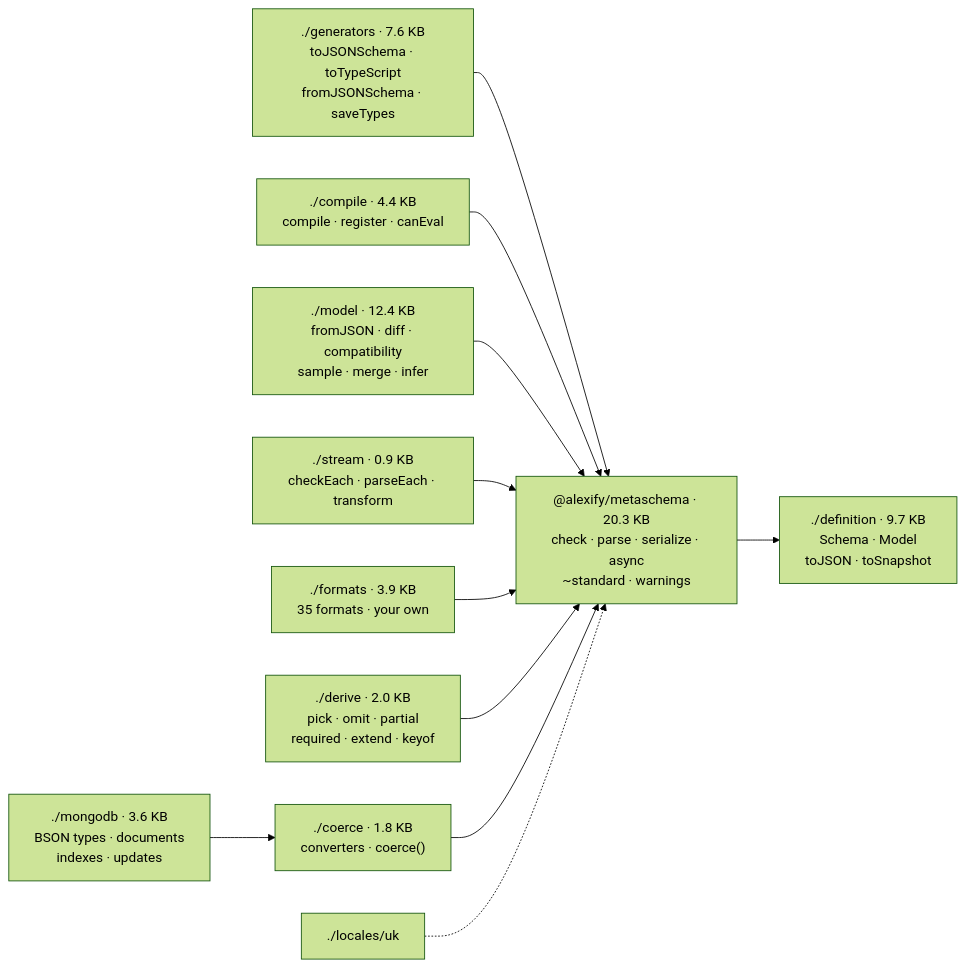
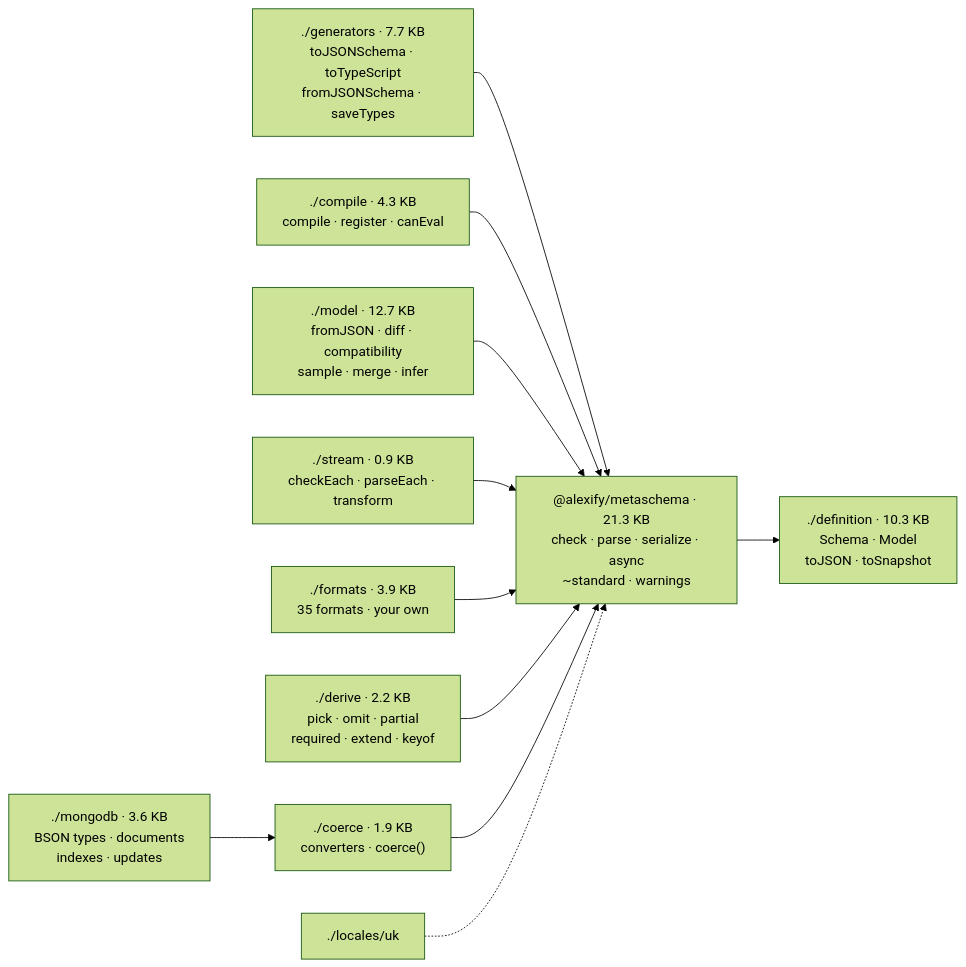
Before and after one commit to Alexis-Technologies/metaschema: the second of 10 diagrams in docs/guide/architecture.md, drawn with Mermaid (forest theme). The commit also changed 12 other files, not shown here.

````diff
--- a/docs/guide/architecture.md
+++ b/docs/guide/architecture.md
@@ -42,14 +42,14 @@
 ```mermaid
 flowchart LR
-    GEN["./generators · 7.6 KB<br/>toJSONSchema · toTypeScript<br/>fromJSONSchema · saveTypes"] --> CORE
-    COMP["./compile · 4.4 KB<br/>compile · register · canEval"] --> CORE
-    MOD["./model · 12.4 KB<br/>fromJSON · diff · compatibility<br/>sample · merge · infer"] --> CORE
+    GEN["./generators · 7.7 KB<br/>toJSONSchema · toTypeScript<br/>fromJSONSchema · saveTypes"] --> CORE
+    COMP["./compile · 4.3 KB<br/>compile · register · canEval"] --> CORE
+    MOD["./model · 12.7 KB<br/>fromJSON · diff · compatibility<br/>sample · merge · infer"] --> CORE
     STR["./stream · 0.9 KB<br/>checkEach · parseEach · transform"] --> CORE
     FMT["./formats · 3.9 KB<br/>35 formats · your own"] --> CORE
-    DER["./derive · 2.0 KB<br/>pick · omit · partial<br/>required · extend · keyof"] --> CORE
-    COE["./coerce · 1.8 KB<br/>converters · coerce()"] --> CORE
+    DER["./derive · 2.2 KB<br/>pick · omit · partial<br/>required · extend · keyof"] --> CORE
+    COE["./coerce · 1.9 KB<br/>converters · coerce()"] --> CORE
     MDB["./mongodb · 3.6 KB<br/>BSON types · documents<br/>indexes · updates"] --> COE
     LOC["./locales/uk"] -.-> CORE
-    CORE["@alexify/metaschema · 20.3 KB<br/>check · parse · serialize · async<br/>~standard · warnings"] --> DEFN
-    DEFN["./definition · 9.7 KB<br/>Schema · Model<br/>toJSON · toSnapshot"]
+    CORE["@alexify/metaschema · 21.3 KB<br/>check · parse · serialize · async<br/>~standard · warnings"] --> DEFN
+    DEFN["./definition · 10.3 KB<br/>Schema · Model<br/>toJSON · toSnapshot"]
 ```
````
